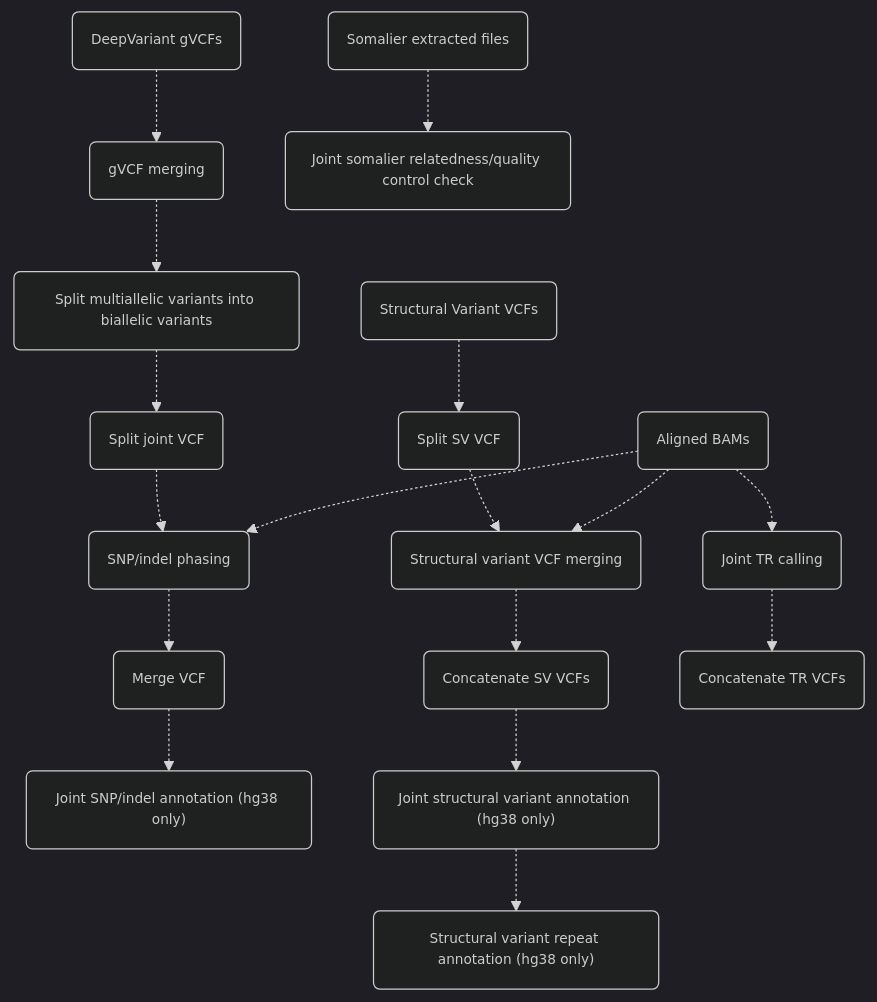
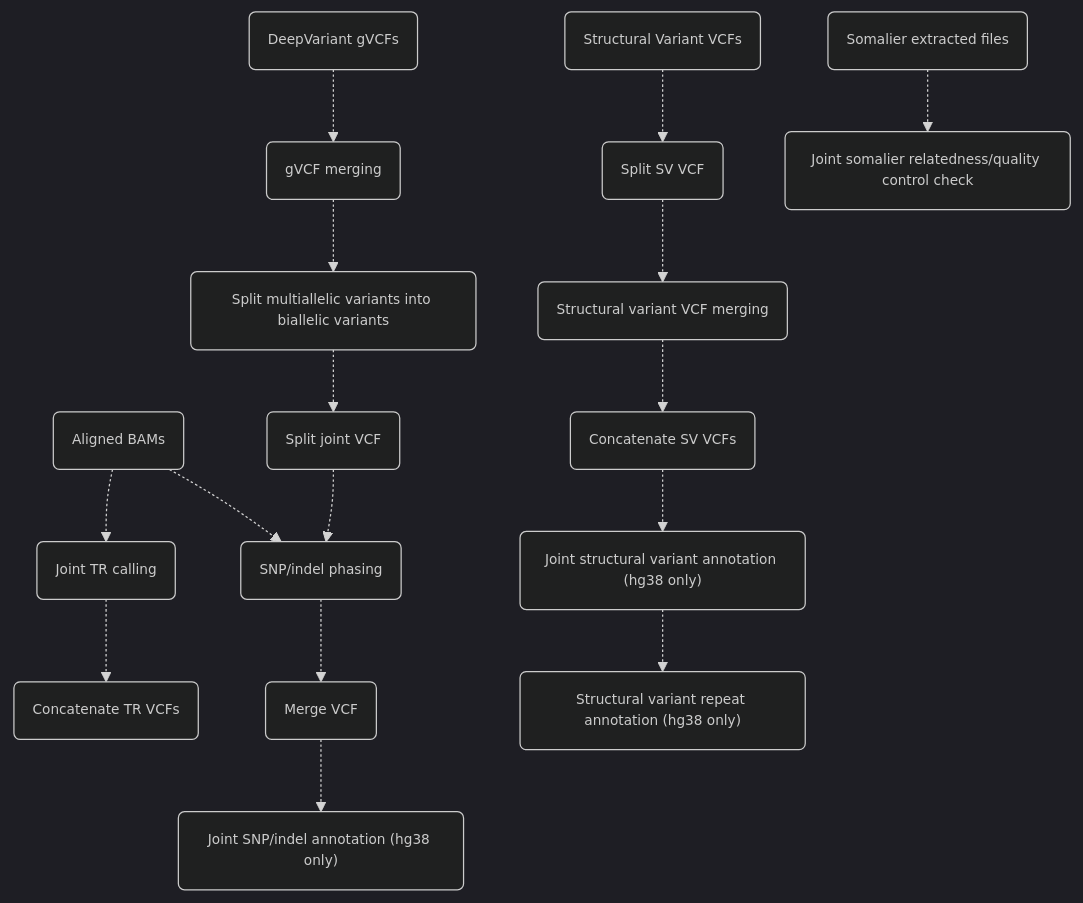
The diagram in docs/popface/info.md (leahkemp/pipeface), drawn with Mermaid before and after one commit. The commit also changed 4 other files, not shown here.

````diff
--- a/docs/popface/info.md
+++ b/docs/popface/info.md
@@ -5,31 +5,30 @@
 ```mermaid
 %%{init:{'theme':'dark','themeVariables':{'fontSize':'11px'}}}%%
 flowchart TB
 
 input_gvcf("DeepVariant gVCFs")
 input_bam("Aligned BAMs")
 input_svs("Structural Variant VCFs")
 gvcf_merging("gVCF merging")
 joint_split_multiallele("Split multiallelic variants into biallelic variants")
 split_vcf("Split joint VCF")
 snp_indel_phasing("SNP/indel phasing")
 merge_vcf("Merge VCF")
 joint_snp_indel_annotation("Joint SNP/indel annotation (hg38 only)")
 split_sv_vcf("Split SV VCF")
 sv_vcf_merging("Structural variant VCF merging")
 concat_sv_vcf("Concatenate SV VCFs")
 joint_sv_annotation("Joint structural variant annotation (hg38 only)")
 sv_repeat_annotation("Structural variant repeat annotation (hg38 only)")
 joint_tr_calling("Joint TR calling")
 concat_tr_vcf("Concatenate TR VCFs")
 input_somalier("Somalier extracted files")
 joint_somalier("Joint somalier relatedness/quality control check")
 
 input_gvcf-.->gvcf_merging-.->joint_split_multiallele-.->split_vcf-.->snp_indel_phasing-.->merge_vcf-.->joint_snp_indel_annotation
 input_bam-.->snp_indel_phasing
 input_svs-.->split_sv_vcf-.->sv_vcf_merging-.->concat_sv_vcf-.->joint_sv_annotation-.->sv_repeat_annotation
-input_bam-.->sv_vcf_merging
 input_bam-.->joint_tr_calling-.->concat_tr_vcf
 input_somalier-.->joint_somalier
 
 ```
````
